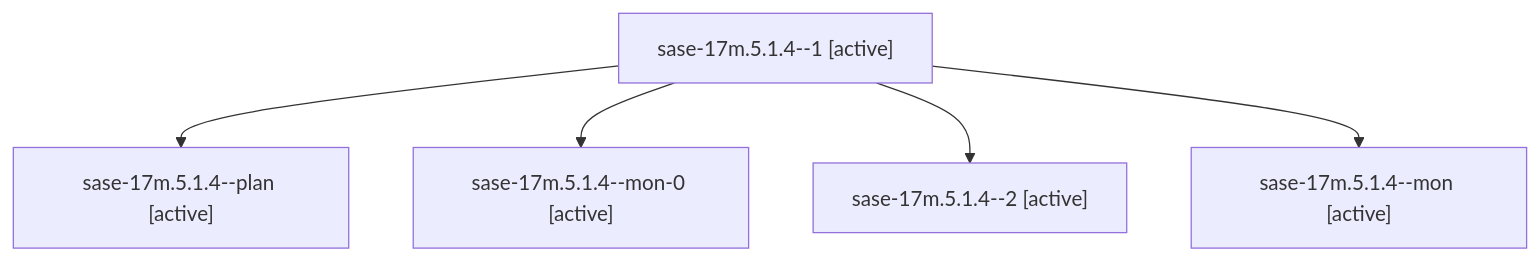
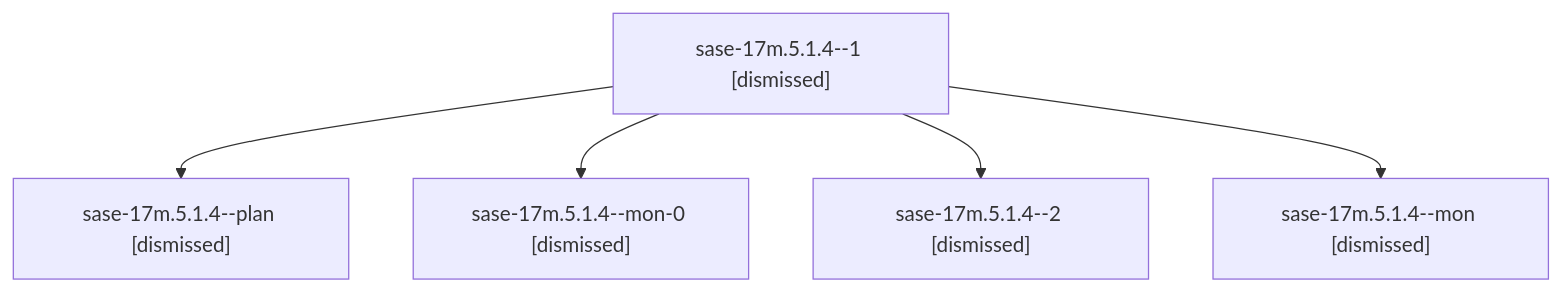
The diagram in sessions/bbugyi200.athena.sase-17m.5.1.4.md (sase-org/sase--agents), drawn with Mermaid before and after one commit. The commit also changed other lines of this file and 179 other files, not shown here.

````diff
--- a/sessions/bbugyi200.athena.sase-17m.5.1.4.md
+++ b/sessions/bbugyi200.athena.sase-17m.5.1.4.md
@@ -9,12 +9,12 @@
 ```mermaid
 flowchart TD
-  n0["sase-17m.5.1.4--1 [active]"]
-  n1["sase-17m.5.1.4--plan [active]"]
+  n0["sase-17m.5.1.4--1 [dismissed]"]
+  n1["sase-17m.5.1.4--plan [dismissed]"]
   n0 --> n1
-  n2["sase-17m.5.1.4--mon-0 [active]"]
+  n2["sase-17m.5.1.4--mon-0 [dismissed]"]
   n0 --> n2
-  n3["sase-17m.5.1.4--2 [active]"]
+  n3["sase-17m.5.1.4--2 [dismissed]"]
   n0 --> n3
-  n4["sase-17m.5.1.4--mon [active]"]
+  n4["sase-17m.5.1.4--mon [dismissed]"]
   n0 --> n4
 ```
````
